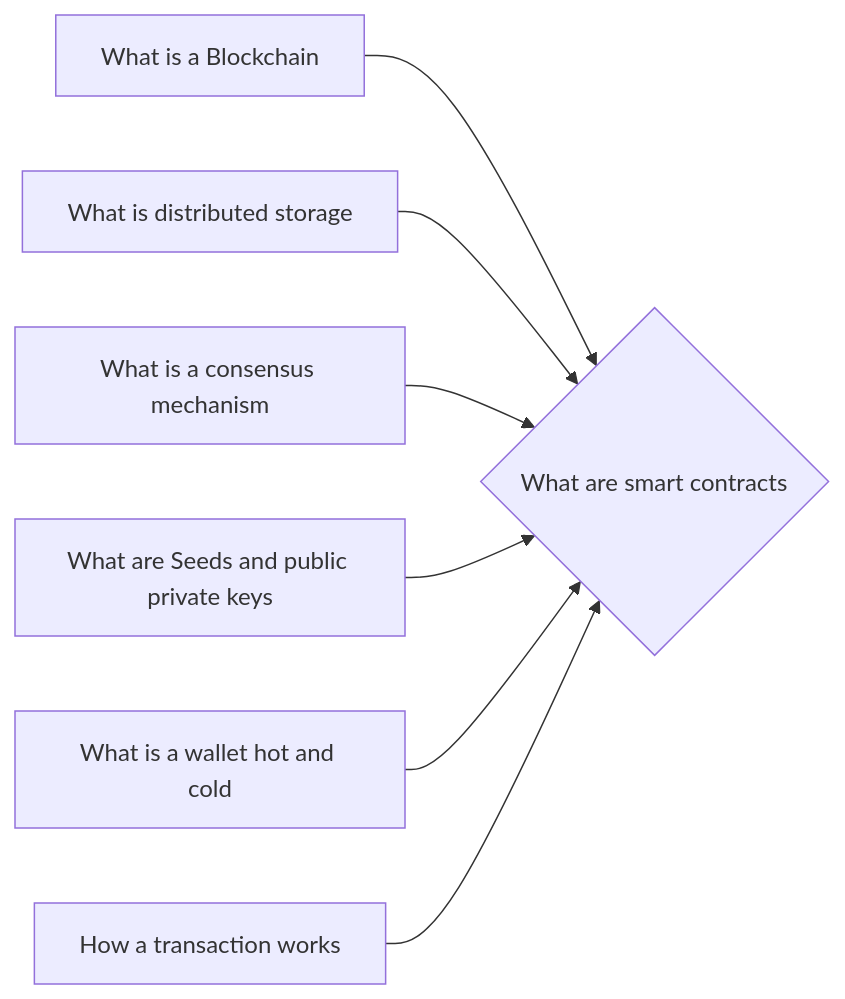
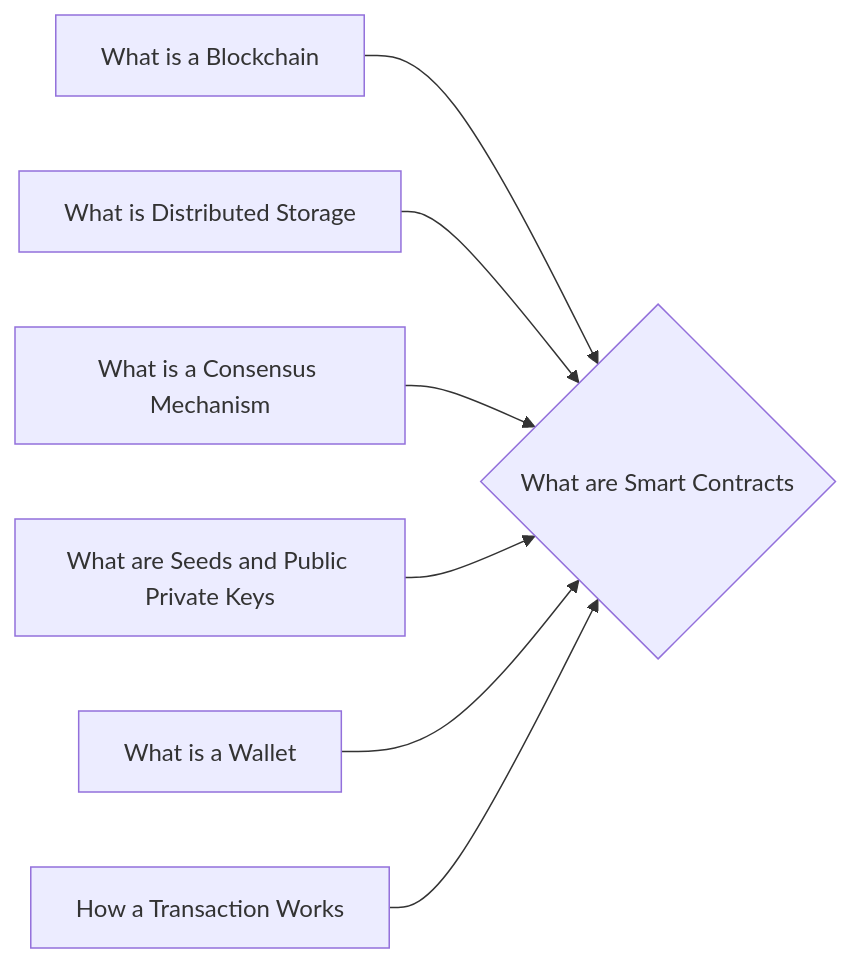
Before and after one commit to lpurdy01/crypto-knowledge-map: the diagram in notes/What_are_Smart_Contracts.md, drawn with Mermaid. The commit also changed 50 other files, not shown here.

````diff
--- a/notes/What_are_Smart_Contracts.md
+++ b/notes/What_are_Smart_Contracts.md
@@ -21,9 +21,9 @@
 ```mermaid
 graph LR
-1["What is a Blockchain"]-->0{"What are smart contracts"}
-2["What is distributed storage"]-->0{"What are smart contracts"}
-3["What is a consensus mechanism"]-->0{"What are smart contracts"}
-4["What are Seeds and public private keys"]-->0{"What are smart contracts"}
-5["What is a wallet hot and cold"]-->0{"What are smart contracts"}
-6["How a transaction works"]-->0{"What are smart contracts"}
+1["What is a Blockchain"]-->0{"What are Smart Contracts"}
+2["What is Distributed Storage"]-->0{"What are Smart Contracts"}
+3["What is a Consensus Mechanism"]-->0{"What are Smart Contracts"}
+4["What are Seeds and Public Private Keys"]-->0{"What are Smart Contracts"}
+5["What is a Wallet"]-->0{"What are Smart Contracts"}
+6["How a Transaction Works"]-->0{"What are Smart Contracts"}
 ```
````
